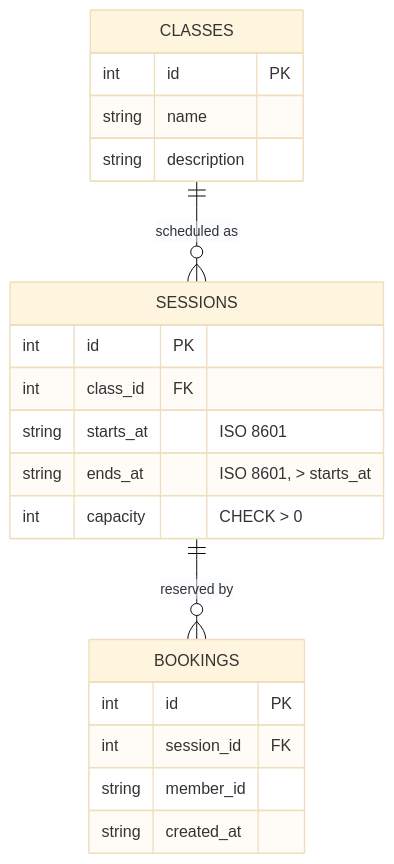
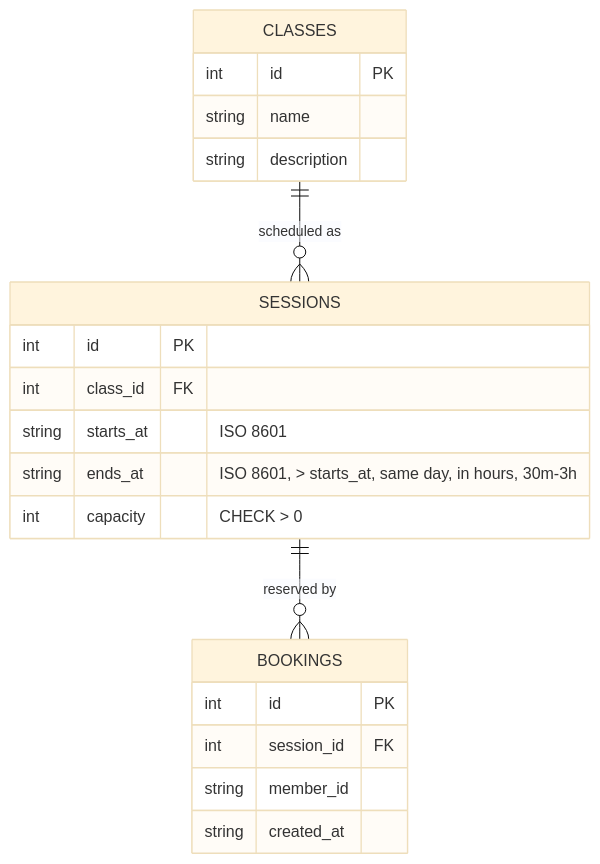
The diagram in docs/Architectural/Design/gym-booking-design.md (alexander-solomkin-sigma-software/workshop-gym-booking), drawn with Mermaid (base theme) before and after one commit. The commit also changed other lines of this file and 4 other files, not shown here.

First line of the commit message:
docs: single-day session scheduling rules (working hours + length) #

````diff
--- a/docs/Architectural/Design/gym-booking-design.md
+++ b/docs/Architectural/Design/gym-booking-design.md
@@ -27,23 +28,23 @@
 ```mermaid
 erDiagram
     CLASSES ||--o{ SESSIONS : "scheduled as"
     SESSIONS ||--o{ BOOKINGS : "reserved by"
     CLASSES {
         int    id PK
         string name
         string description
     }
     SESSIONS {
         int    id PK
         int    class_id FK
         string starts_at "ISO 8601"
-        string ends_at   "ISO 8601, > starts_at"
+        string ends_at   "ISO 8601, > starts_at, same day, in hours, 30m-3h"
         int    capacity  "CHECK > 0"
     }
     BOOKINGS {
         int    id PK
         int    session_id FK
         string member_id
         string created_at
     }
 ```
````
